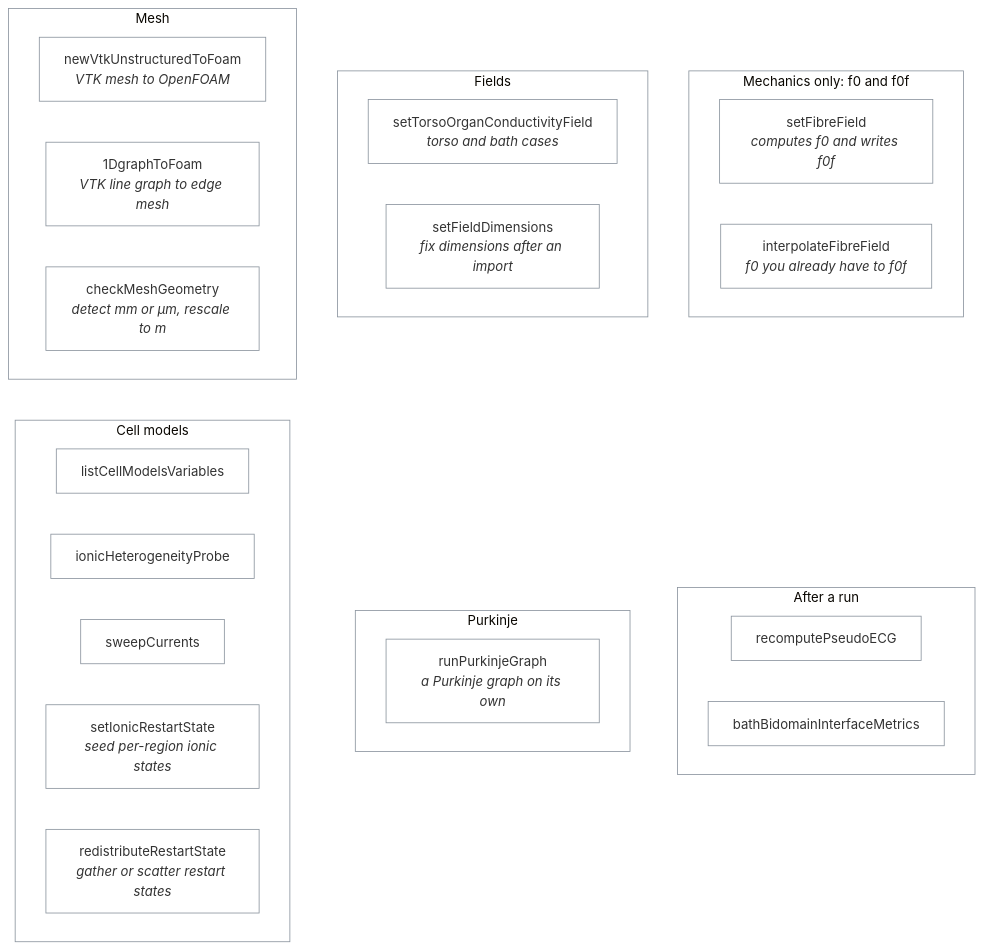
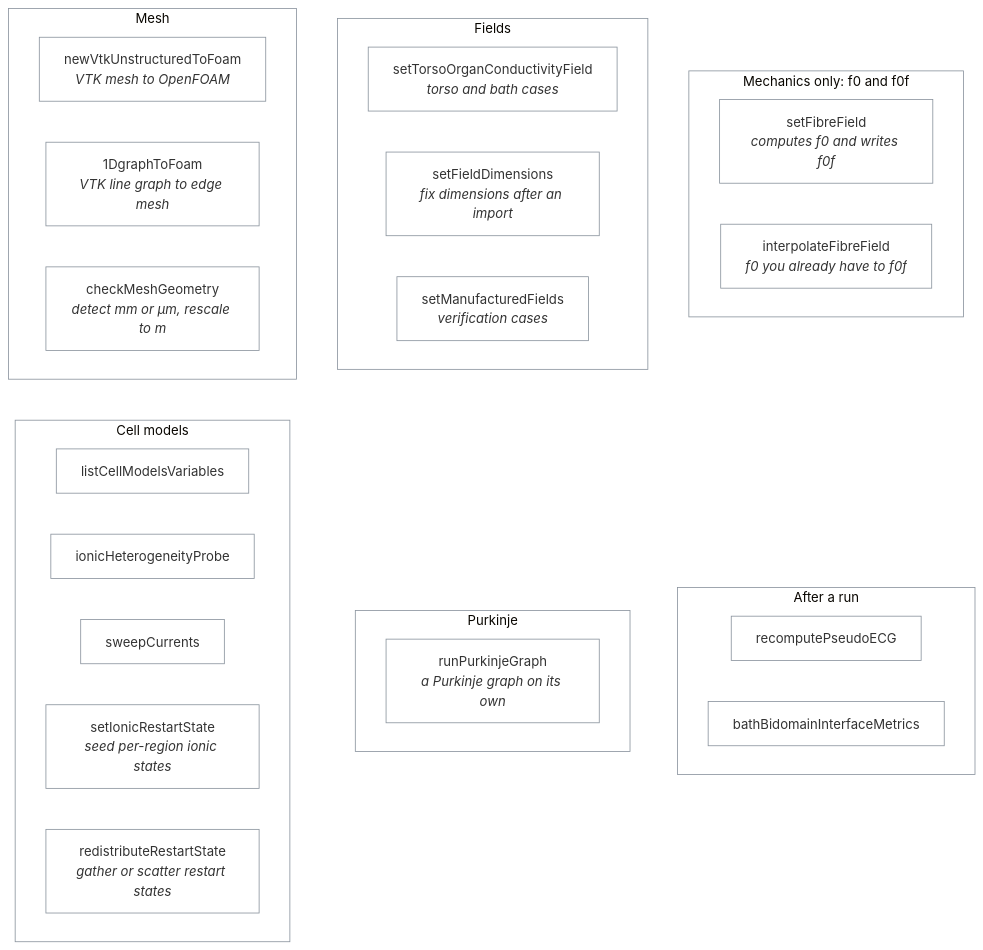
One commit to solids4foam/cardiacFoam changed the diagram in applications/utilities/README.md. Above: the diagram before and after it, drawn with Mermaid (base theme). The commit also changed other lines of this file and 5 other files, not shown here.

First line of the commit message:
feat(utilities): setManufacturedFields writes the fields a manufactured solution prescribes

````diff
--- a/applications/utilities/README.md
+++ b/applications/utilities/README.md
@@ -5,40 +5,41 @@
 ```mermaid
 flowchart TB
     subgraph POST["After a run"]
         RE["recomputePseudoECG"]
         BI["bathBidomainInterfaceMetrics"]
     end
     subgraph PURK["Purkinje"]
         PG["runPurkinjeGraph<br/><i>a Purkinje graph on its own</i>"]
     end
     subgraph CELL["Cell models"]
         LV["listCellModelsVariables"]
         HP["ionicHeterogeneityProbe"]
         SW["sweepCurrents"]
         SI["setIonicRestartState<br/><i>seed per-region ionic states</i>"]
         RR["redistributeRestartState<br/><i>gather or scatter restart states</i>"]
     end
     subgraph MECH["Mechanics only: f0 and f0f"]
         SF["setFibreField<br/><i>computes f0 and writes f0f</i>"]
         IF["interpolateFibreField<br/><i>f0 you already have to f0f</i>"]
     end
     subgraph FLD["Fields"]
         TC["setTorsoOrganConductivityField<br/><i>torso and bath cases</i>"]
         SD["setFieldDimensions<br/><i>fix dimensions after an import</i>"]
+        SM["setManufacturedFields<br/><i>verification cases</i>"]
     end
     subgraph MESH["Mesh"]
         V["newVtkUnstructuredToFoam<br/><i>VTK mesh to OpenFOAM</i>"]
         G["1DgraphToFoam<br/><i>VTK line graph to edge mesh</i>"]
         C["checkMeshGeometry<br/><i>detect mm or µm, rescale to m</i>"]
     end
     MESH ~~~ CELL
     FLD ~~~ PURK
     MECH ~~~ POST
     classDef default fill:none,stroke:#8b949e,stroke-width:1px
     style MESH fill:none,stroke:#8b949e
     style FLD fill:none,stroke:#8b949e
     style MECH fill:none,stroke:#8b949e
     style CELL fill:none,stroke:#8b949e
     style PURK fill:none,stroke:#8b949e
     style POST fill:none,stroke:#8b949e
 ```
````
